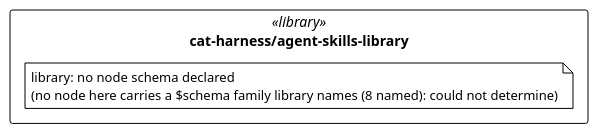
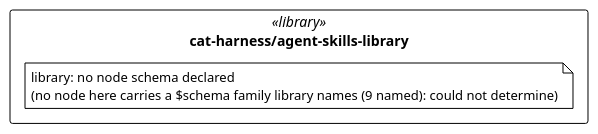
The diagram in cat-harness/uml/overview/cat-harness/agent-skills-library.puml (litlfred/folio-assistant), drawn with PlantUML before and after one commit. The commit also changed 44 other files, not shown here.

```diff
--- a/cat-harness/uml/overview/cat-harness/agent-skills-library.puml
+++ b/cat-harness/uml/overview/cat-harness/agent-skills-library.puml
@@ -3,13 +3,13 @@
 @startuml cat_harness_agent_skills_library
 !pragma layout elk
 !theme plain
 skinparam classAttributeIconSize 0
 skinparam shadowing false
 skinparam packageStyle rectangle
 hide empty methods
 
 package "cat-harness/agent-skills-library" as pkg_cat_harness_agent_skills_library <<library>> {
-  note "library: no node schema declared\n(no node here carries a $schema family library names (8 named): could not determine)" as n_cat_harness_agent_skills_library_library
+  note "library: no node schema declared\n(no node here carries a $schema family library names (9 named): could not determine)" as n_cat_harness_agent_skills_library_library
 }
 
 @enduml
```
